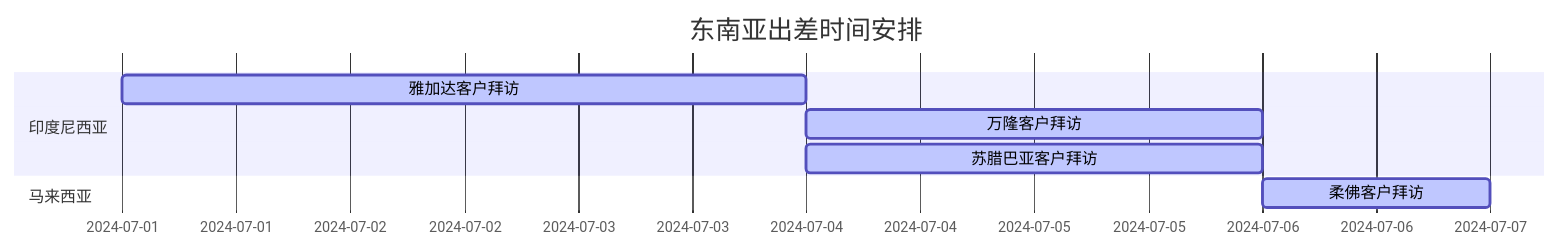
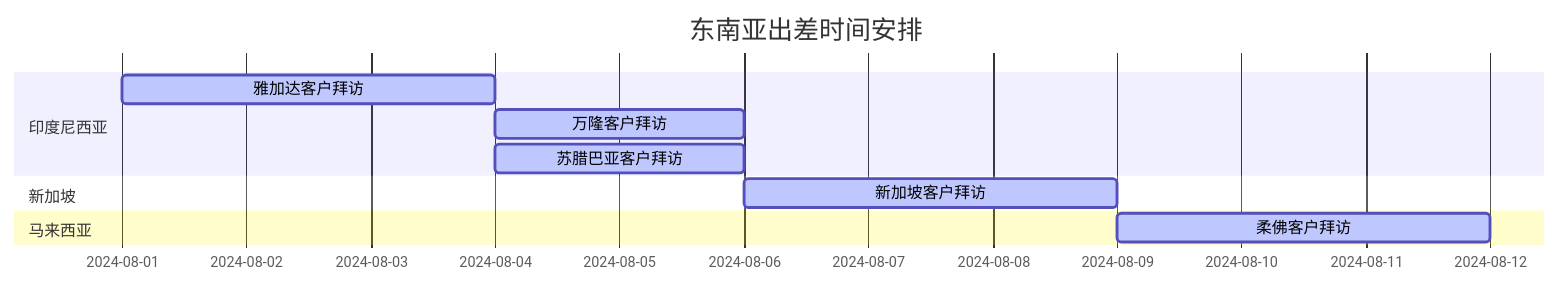
The second of 2 diagrams in Origin_Markdown/东南亚出差计划1.md (Mehael-Yeh/SoutheastAsiaBusinessTrip0.github.io), drawn with Mermaid before and after one commit. The commit also changed other lines of this file and 3 other files, not shown here.

````diff
--- a/Origin_Markdown/东南亚出差计划1.md
+++ b/Origin_Markdown/东南亚出差计划1.md
@@ -42,18 +45,18 @@
 ```mermaid
 gantt
         dateFormat  	YYYY-MM-DD
 
         title 东南亚出差时间安排
 
         section 印度尼西亚
-        雅加达客户拜访: active, , 2024-07-01, 3d
-        万隆客户拜访: active, , 2024-07-04, 2d
-        苏腊巴亚客户拜访: active, , 2024-07-04, 2d
+        雅加达客户拜访: active, , 2024-08-01, 3d
+        万隆客户拜访: active, , 2024-08-04, 2d
+        苏腊巴亚客户拜访: active, , 2024-08-04, 2d
         
         section 新加坡
-        
+        新加坡客户拜访: active, , 2024-08-06, 3d
         
         section 马来西亚
-        柔佛客户拜访: active, , 2024-07-06, 1d
+        柔佛客户拜访: active, , 2024-08-09, 3d
 
 ```
````
